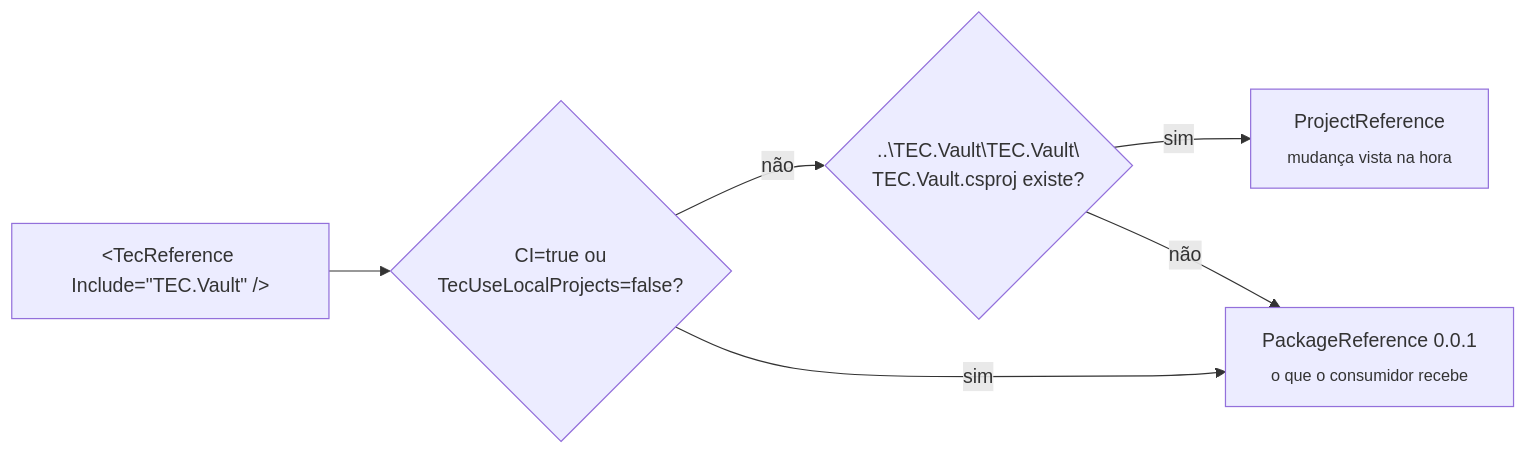
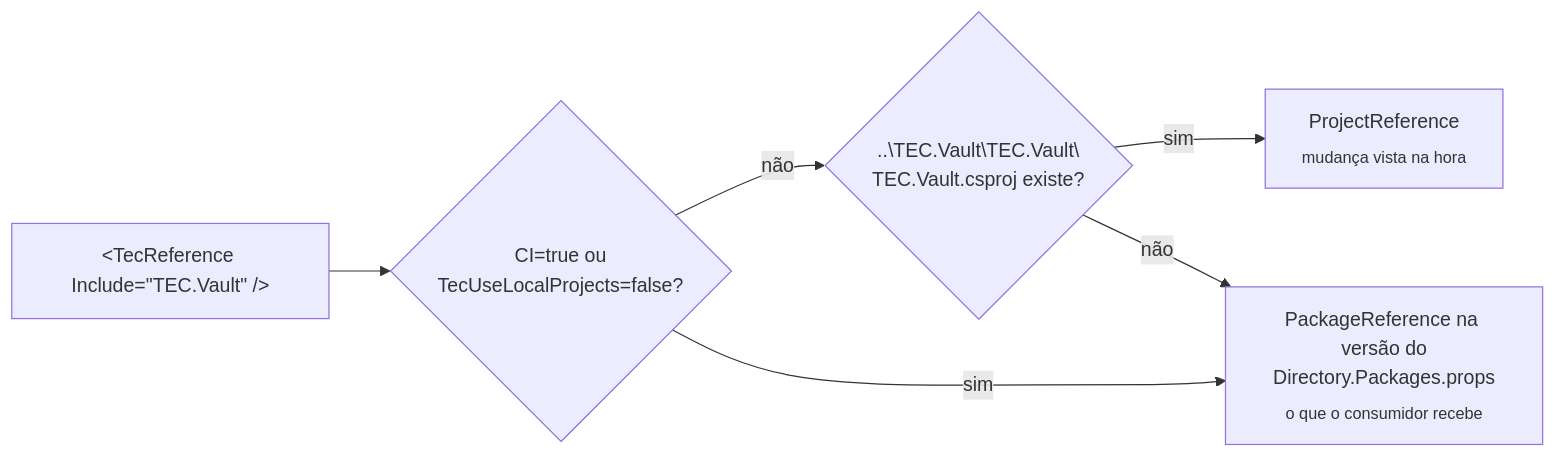
The second of 3 diagrams in README.md (tudoemcodigo/tec-workflows), drawn with Mermaid before and after one commit. The commit also changed other lines of this file and 4 other files, not shown here.

````diff
--- a/README.md
+++ b/README.md
@@ -219,8 +221,8 @@
 ```mermaid
 flowchart LR
     CSPROJ["&lt;TecReference Include=&quot;TEC.Vault&quot; /&gt;"] --> Q{"CI=true ou<br/>TecUseLocalProjects=false?"}
     Q -- não --> E{"..\TEC.Vault\TEC.Vault\<br/>TEC.Vault.csproj existe?"}
     E -- sim --> PR["ProjectReference<br/><sub>mudança vista na hora</sub>"]
     E -- não --> PK
-    Q -- sim --> PK["PackageReference 0.0.1<br/><sub>o que o consumidor recebe</sub>"]
+    Q -- sim --> PK["PackageReference na versão do<br/>Directory.Packages.props<br/><sub>o que o consumidor recebe</sub>"]
 ```
````
